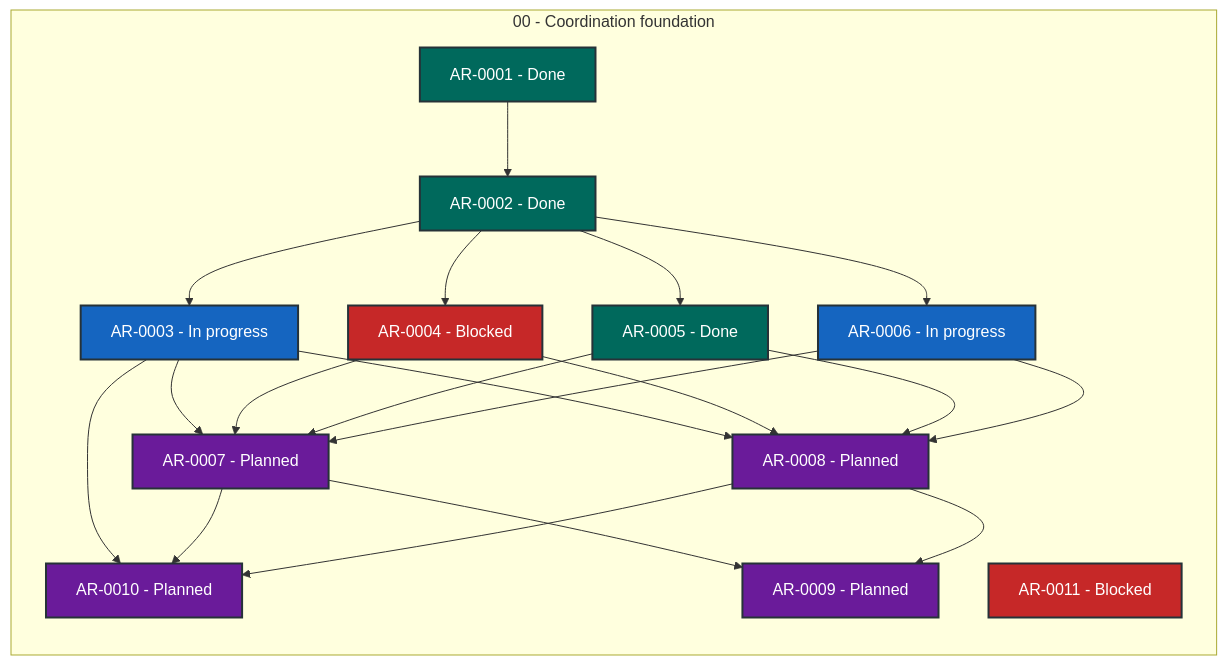
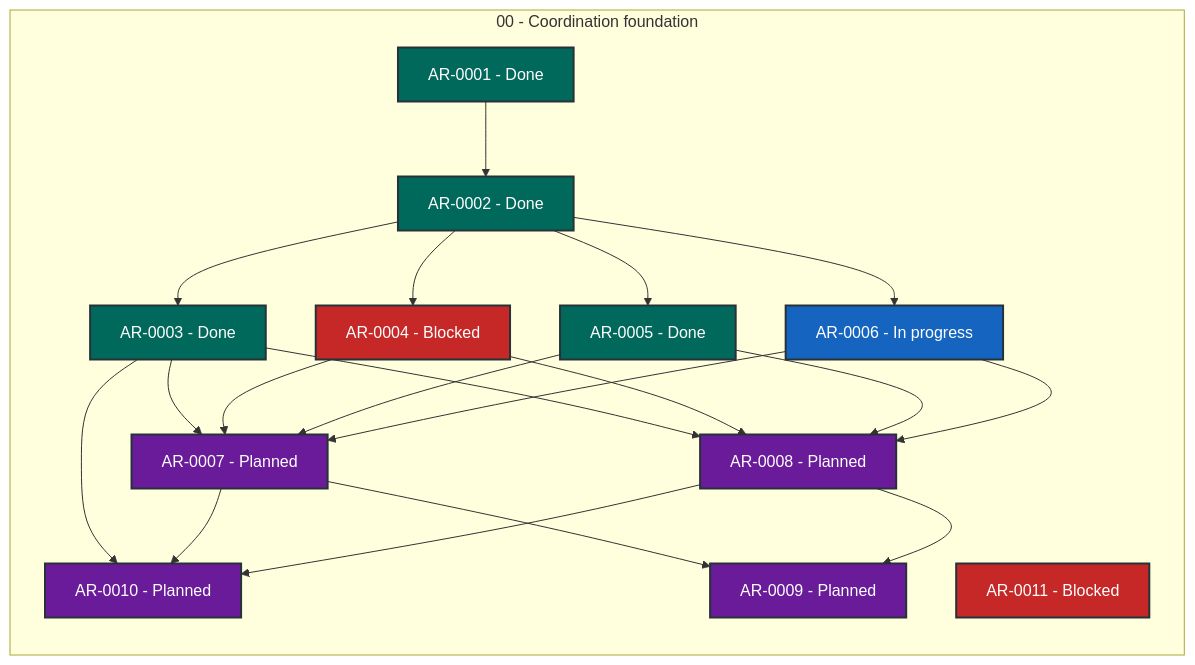
Before and after one commit to martin-beck/agent-workflow-coordinator-state: the diagram in STATUS.md, drawn with Mermaid. The commit also changed other lines of this file and 2 other files, not shown here.

````diff
--- a/STATUS.md
+++ b/STATUS.md
@@ -27,43 +27,43 @@
 ```mermaid
 flowchart LR
     subgraph series_00["00 - Coordination foundation"]
         direction TB
         AR_0001["AR-0001 - Done"]:::status_done
         AR_0002["AR-0002 - Done"]:::status_done
-        AR_0003["AR-0003 - In progress"]:::status_in_progress
+        AR_0003["AR-0003 - Done"]:::status_done
         AR_0004["AR-0004 - Blocked"]:::status_blocked
         AR_0005["AR-0005 - Done"]:::status_done
         AR_0006["AR-0006 - In progress"]:::status_in_progress
         AR_0007["AR-0007 - Planned"]:::status_planned
         AR_0008["AR-0008 - Planned"]:::status_planned
         AR_0009["AR-0009 - Planned"]:::status_planned
         AR_0010["AR-0010 - Planned"]:::status_planned
         AR_0011["AR-0011 - Blocked"]:::status_blocked
     end
     AR_0001 --> AR_0002
     AR_0002 --> AR_0003
     AR_0002 --> AR_0004
     AR_0002 --> AR_0005
     AR_0002 --> AR_0006
     AR_0003 --> AR_0007
     AR_0003 --> AR_0008
     AR_0003 --> AR_0010
     AR_0004 --> AR_0007
     AR_0004 --> AR_0008
     AR_0005 --> AR_0007
     AR_0005 --> AR_0008
     AR_0006 --> AR_0007
     AR_0006 --> AR_0008
     AR_0007 --> AR_0009
     AR_0007 --> AR_0010
     AR_0008 --> AR_0009
     AR_0008 --> AR_0010
     classDef status_in_progress fill:#1565c0,color:#ffffff,stroke:#263238,stroke-width:2px
     classDef status_open fill:#2e7d32,color:#ffffff,stroke:#263238,stroke-width:2px
     classDef status_blocked fill:#c62828,color:#ffffff,stroke:#263238,stroke-width:2px
     classDef status_planned fill:#6a1b9a,color:#ffffff,stroke:#263238,stroke-width:2px
     classDef status_future fill:#455a64,color:#ffffff,stroke:#263238,stroke-width:2px
     classDef status_done fill:#00695c,color:#ffffff,stroke:#263238,stroke-width:2px
     classDef status_cancelled fill:#616161,color:#ffffff,stroke:#263238,stroke-width:2px
     classDef status_superseded fill:#5d4037,color:#ffffff,stroke:#263238,stroke-width:2px
 ```
````
